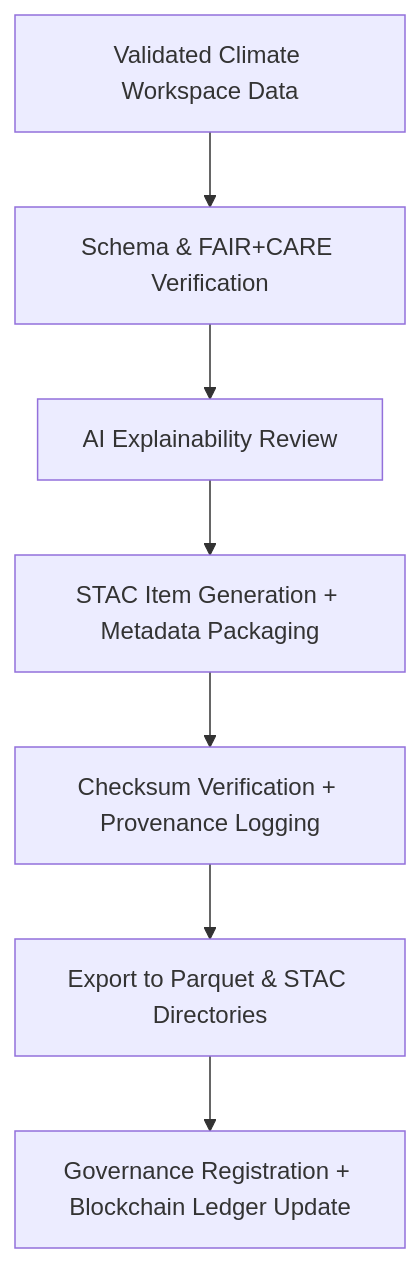
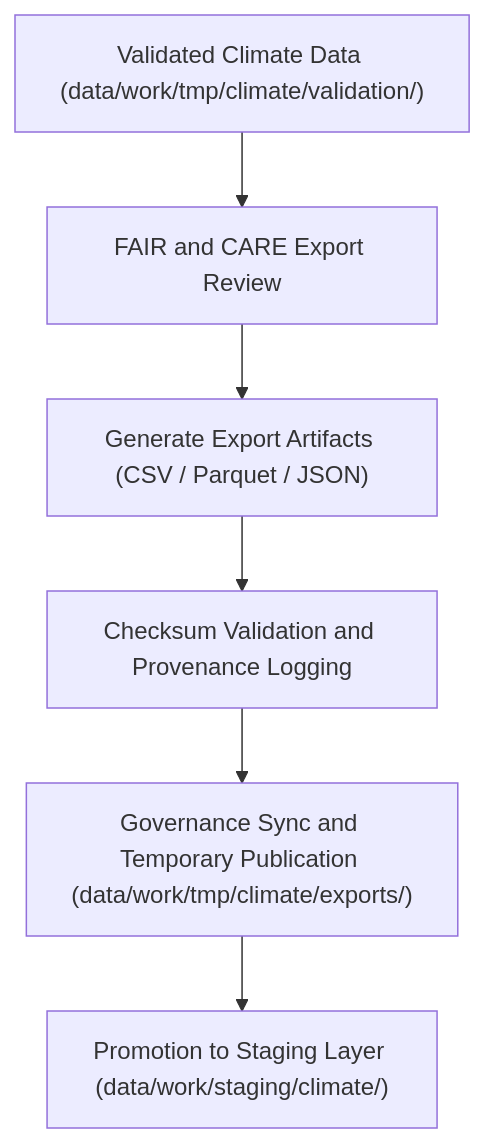
Before and after one commit to bartytime4life/Kansas-Frontier-Matrix: the diagram in data/work/tmp/climate/exports/README.md, drawn with Mermaid. The commit also changed other lines of this file, not shown here.

````diff
--- a/data/work/tmp/climate/exports/README.md
+++ b/data/work/tmp/climate/exports/README.md
@@ -92,9 +61,8 @@
 ```mermaid
 flowchart TD
-    A["Validated Climate Workspace Data"] --> B["Schema & FAIR+CARE Verification"]
-    B --> C["AI Explainability Review"]
-    C --> D["STAC Item Generation + Metadata Packaging"]
-    D --> E["Checksum Verification + Provenance Logging"]
-    E --> F["Export to Parquet & STAC Directories"]
-    F --> G["Governance Registration + Blockchain Ledger Update"]
+    A["Validated Climate Data (data/work/tmp/climate/validation/)"] --> B["FAIR and CARE Export Review"]
+    B --> C["Generate Export Artifacts (CSV / Parquet / JSON)"]
+    C --> D["Checksum Validation and Provenance Logging"]
+    D --> E["Governance Sync and Temporary Publication (data/work/tmp/climate/exports/)"]
+    E --> F["Promotion to Staging Layer (data/work/staging/climate/)"]
 ```
````
